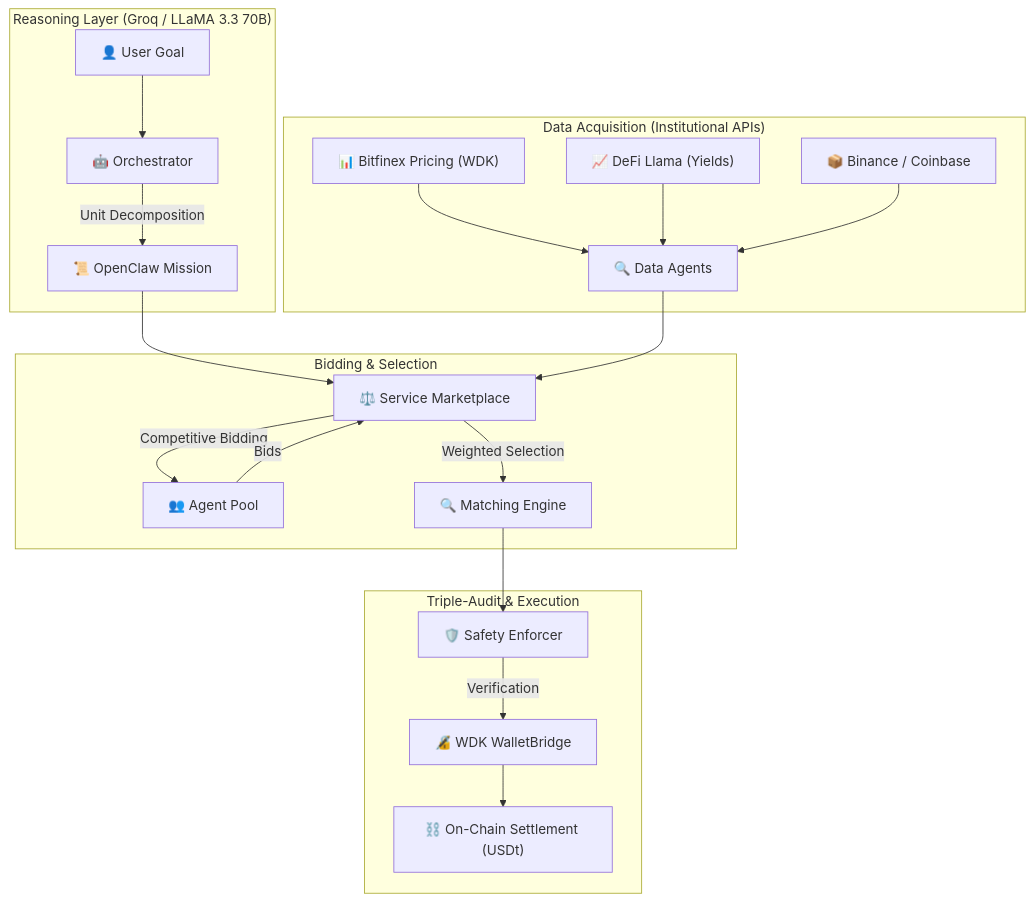
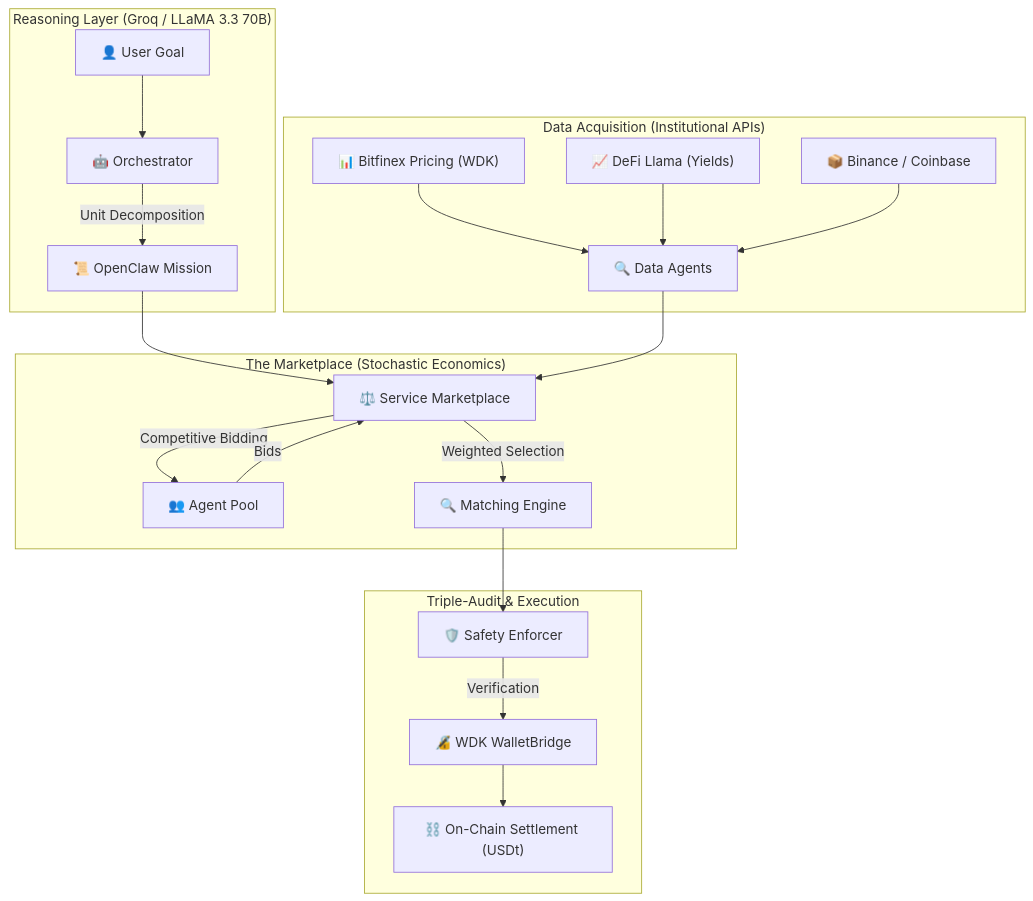
Before and after one commit to nevan-sonic/nevorax: the first of 2 diagrams in README.md, drawn with Mermaid. The commit also changed other lines of this file, not shown here.

````diff
--- a/README.md
+++ b/README.md
@@ -16,27 +16,27 @@
 ```mermaid
 graph TD
     subgraph "Reasoning Layer (Groq / LLaMA 3.3 70B)"
         A["👤 User Goal"] --> B["🤖 Orchestrator"]
         B -->|Unit Decomposition| C["📜 OpenClaw Mission"]
     end
 
     subgraph "Data Acquisition (Institutional APIs)"
         D["📊 Bitfinex Pricing (WDK)"] --> E["🔍 Data Agents"]
         F["📈 DeFi Llama (Yields)"] --> E
         G["📦 Binance / Coinbase"] --> E
     end
 
-    subgraph "Bidding & Selection"
+    subgraph "The Marketplace (Stochastic Economics)"
         C --> H["⚖️ Service Marketplace"]
         E --> H
         H -->|Competitive Bidding| I["👥 Agent Pool"]
         I -->|Bids| H
         H -->|Weighted Selection| J["🔍 Matching Engine"]
     end
 
     subgraph "Triple-Audit & Execution"
         J --> K["🛡️ Safety Enforcer"]
         K -->|Verification| L["🔏 WDK WalletBridge"]
         L --> M["⛓️ On-Chain Settlement (USDt)"]
     end
 ```
````
